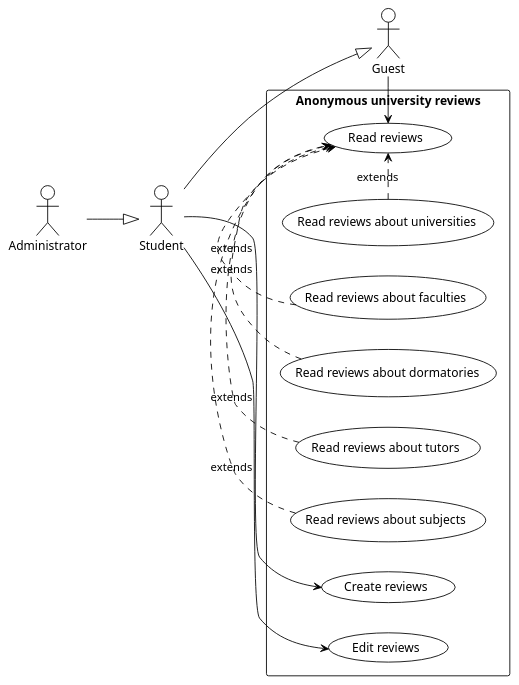
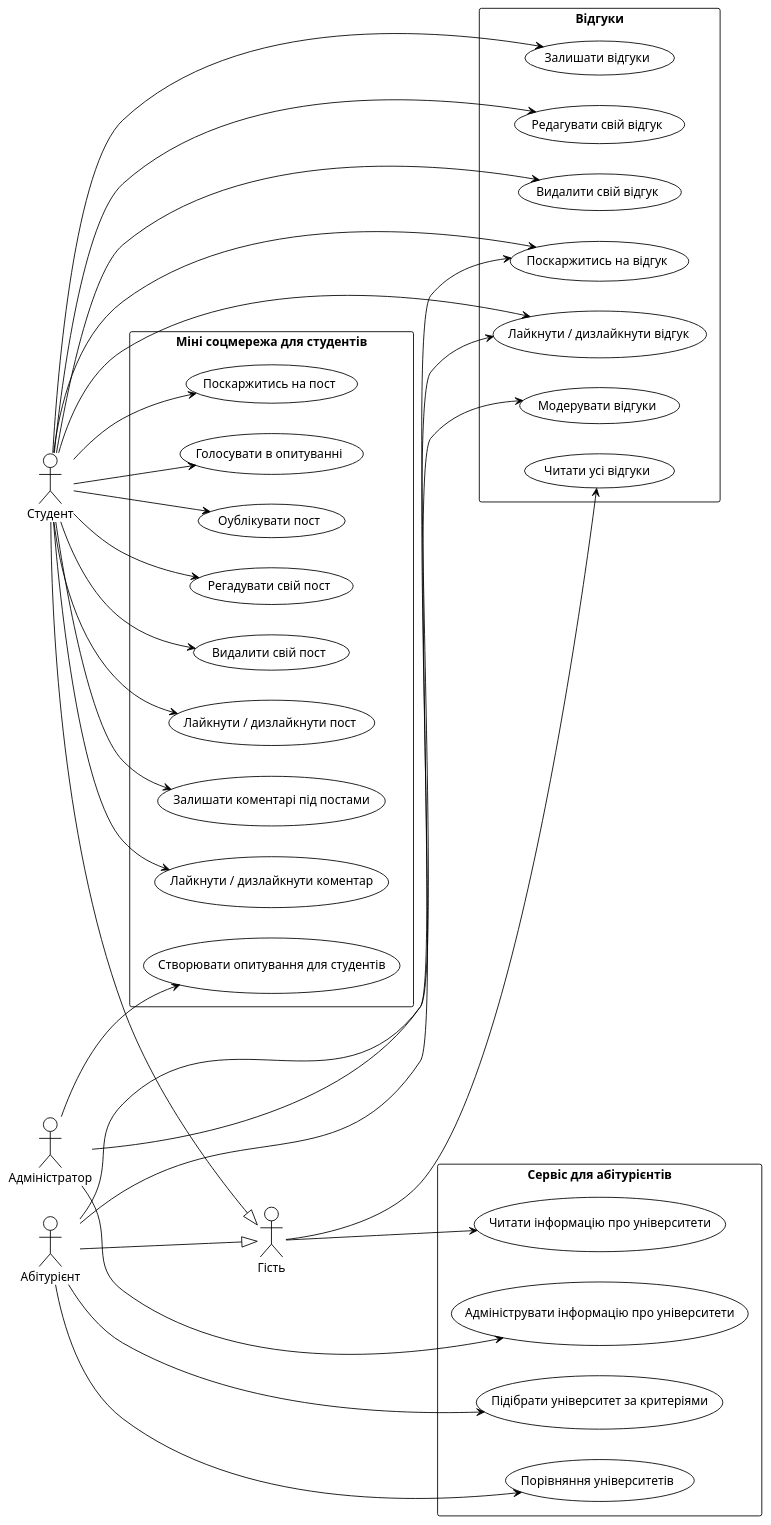
The diagram in usecase.puml (AnonymousUniverityReviews/docs), drawn with PlantUML before and after one commit.

Commit message:
finish the diagram

```diff
--- a/usecase.puml
+++ b/usecase.puml
@@ -1,37 +1,85 @@
 @startuml
 !theme plain
 
 left to right direction
 
-actor "Guest" as guest
-actor "Student" as student
-actor "Administrator" as admin
+actor "Гість" as guest
+actor "Студент" as student
+actor "Абітурієнт" as applicant
+actor "Адміністратор" as admin
 
+applicant --|> guest
 student --|> guest
-admin --|> student
 
-rectangle "Anonymous university reviews" {
-    usecase "Read reviews" as readReviews
-    usecase "Read reviews about universities" as readUniversityReviews 
-    usecase "Read reviews about faculties" as readFacultyReviews     
-    usecase "Read reviews about dormatories" as readDormReviews
-    usecase "Read reviews about tutors" as readTutorReviews     
-    usecase "Read reviews about subjects" as readSubjectReviews    
+rectangle "Відгуки" {
+    usecase "Читати усі відгуки" as readReviews
 
-    usecase "Create reviews" as createReviews
+    usecase "Залишати відгуки" as createReview
 
-    usecase "Edit reviews" as editReviews
+    usecase "Редагувати свій відгук" as editReview
+
+    usecase "Видалити свій відгук" as deleteReview
+
+    usecase "Лайкнути / дизлайкнути відгук" as rateReview
+
+    usecase "Поскаржитись на відгук" as reportReview
+
+    usecase "Модерувати відгуки" as moderateReviews
 }
 
-readUniversityReviews .> readReviews : extends
-readFacultyReviews .> readReviews : extends
-readDormReviews .> readReviews : extends
-readTutorReviews .> readReviews : extends
-readSubjectReviews .> readReviews : extends
+guest --> readReviews
+student --> createReview
+student --> editReview
+student --> deleteReview
+applicant --> rateReview
+student --> rateReview
+admin --> moderateReviews
+student --> reportReview
+applicant --> reportReview 
 
-guest -> readReviews
+rectangle "Міні соцмережа для студентів" {
+    usecase "Оублікувати пост" as createPost
 
-student -> createReviews
-student -> editReviews
+    usecase "Регадувати свій пост" as editPost
+
+    usecase "Видалити свій пост" as deletePost
+
+    usecase "Лайкнути / дизлайкнути пост" as ratePost
+
+    usecase "Залишати коментарі під постами" as createComment
+
+    usecase "Лайкнути / дизлайкнути коментар" as rateComment
+
+    usecase "Поскаржитись на пост" as reportPost
+
+    usecase "Створювати опитування для студентів" as createPoll
+
+    usecase "Голосувати в опитуванні" as vote
+}
+
+student --> createPost
+student --> editPost
+student --> deletePost
+student --> createComment
+student --> vote
+student --> rateComment
+student --> ratePost
+student --> reportPost
+admin --> createPoll
+
+rectangle "Сервіс для абітурієнтів" {
+    usecase "Читати інформацію про університети" as readUniversities
+
+    usecase "Порівняння університетів" as compareEntities
+
+    usecase "Підібрати університет за критеріями" as getUniversityRecommendations
+
+    usecase "Адмініструвати інформацію про університети" as moderateUniveristyInfo
+}
+
+guest --> readUniversities
+applicant --> compareEntities
+applicant --> getUniversityRecommendations
+admin --> moderateUniveristyInfo
 
 @enduml
```
